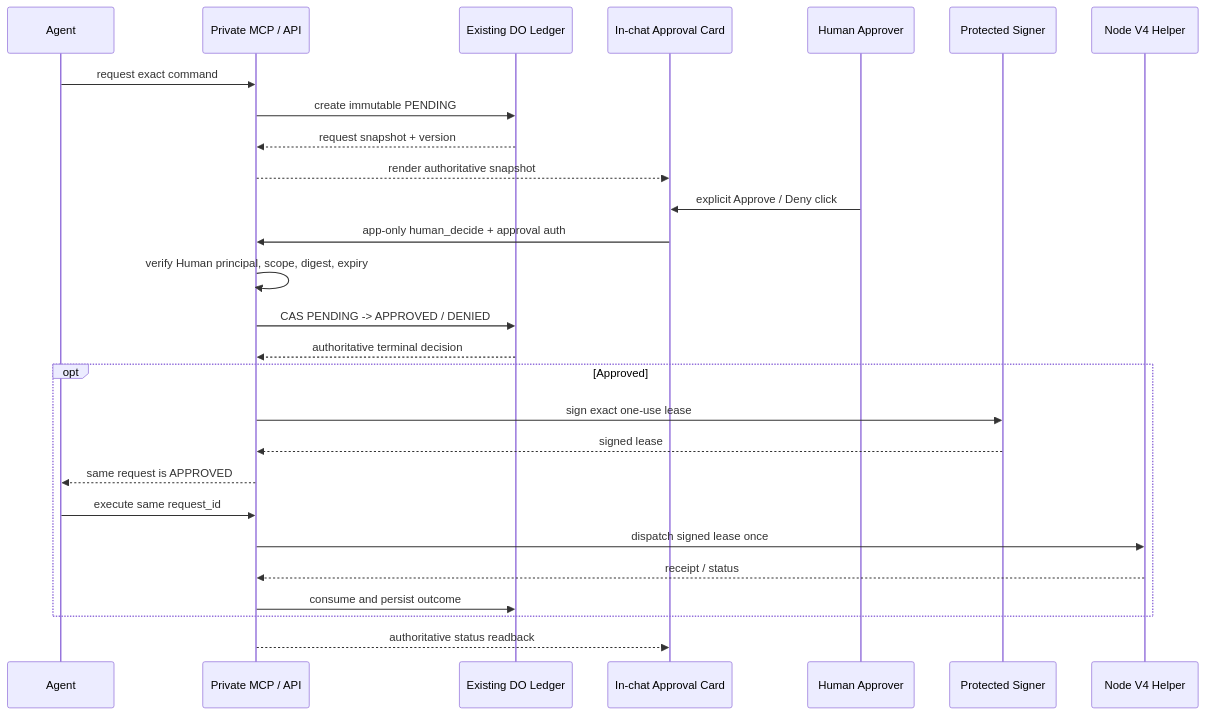
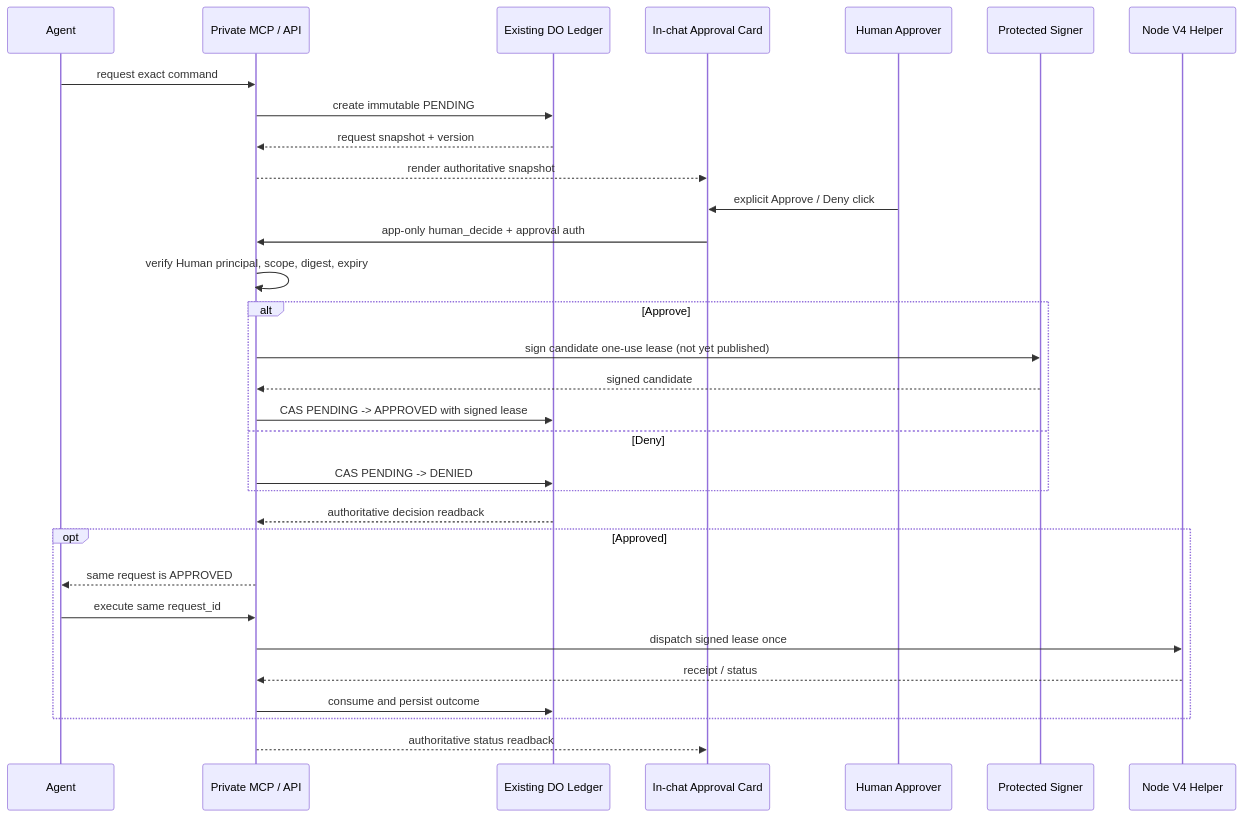
One commit to youling/ghostfleet changed the third of 4 diagrams in docs/architecture/IN_CHAT_HUMAN_APPROVAL_V1.md. Above: the diagram before and after it, drawn with Mermaid. The commit also changed other lines of this file, not shown here.

````diff
--- a/docs/architecture/IN_CHAT_HUMAN_APPROVAL_V1.md
+++ b/docs/architecture/IN_CHAT_HUMAN_APPROVAL_V1.md
@@ -330,30 +332,34 @@
 ```mermaid
 sequenceDiagram
     participant A as Agent
     participant S as Private MCP / API
     participant D as Existing DO Ledger
     participant UI as In-chat Approval Card
     participant H as Human Approver
     participant K as Protected Signer
     participant N as Node V4 Helper
 
     A->>S: request exact command
     S->>D: create immutable PENDING
     D-->>S: request snapshot + version
     S-->>UI: render authoritative snapshot
     H->>UI: explicit Approve / Deny click
     UI->>S: app-only human_decide + approval auth
     S->>S: verify Human principal, scope, digest, expiry
-    S->>D: CAS PENDING -> APPROVED / DENIED
-    D-->>S: authoritative terminal decision
+    alt Approve
+        S->>K: sign candidate one-use lease (not yet published)
+        K-->>S: signed candidate
+        S->>D: CAS PENDING -> APPROVED with signed lease
+    else Deny
+        S->>D: CAS PENDING -> DENIED
+    end
+    D-->>S: authoritative decision readback
     opt Approved
-        S->>K: sign exact one-use lease
-        K-->>S: signed lease
         S-->>A: same request is APPROVED
         A->>S: execute same request_id
         S->>N: dispatch signed lease once
         N-->>S: receipt / status
         S->>D: consume and persist outcome
     end
     S-->>UI: authoritative status readback
 ```
````
